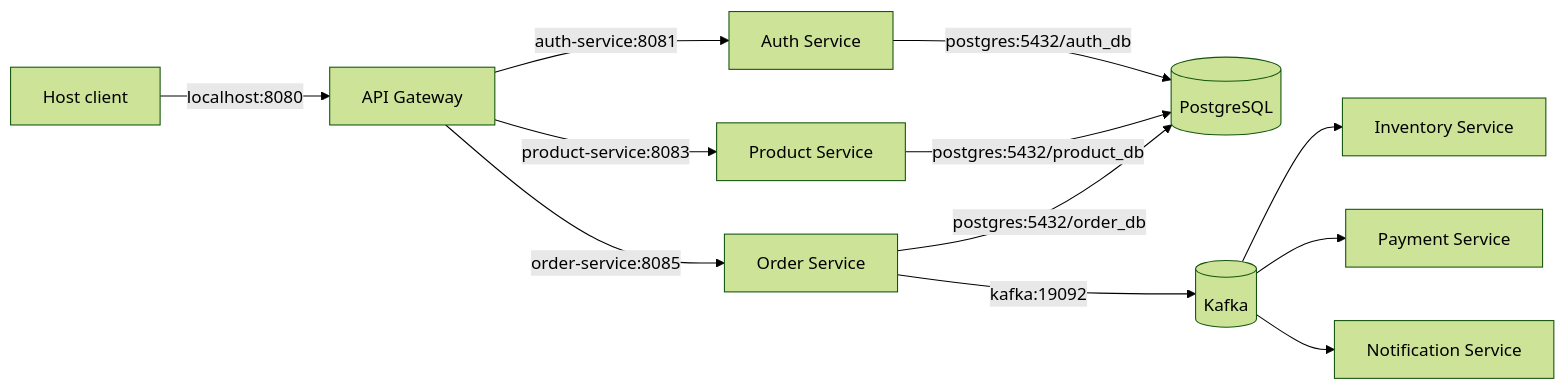
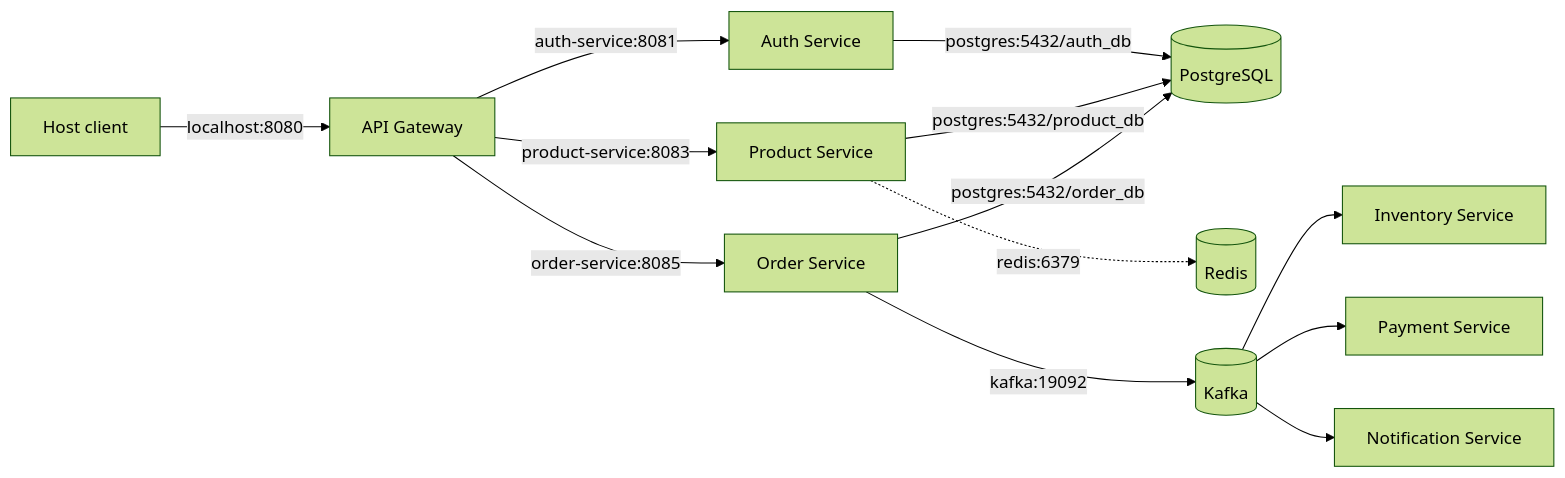
One commit to tranverse/ecommerce-microservices changed the diagram in docs/learning/14-docker-compose-and-networking.md. Above: the diagram before and after it, drawn with Mermaid (forest theme). The commit also changed other lines of this file and 19 other files, not shown here.

Commit message:
feat(product): add failure-tolerant Redis caching

````diff
--- a/docs/learning/14-docker-compose-and-networking.md
+++ b/docs/learning/14-docker-compose-and-networking.md
@@ -17,16 +17,17 @@
 ```mermaid
 flowchart LR
     Client[Host client] -->|localhost:8080| Gateway[API Gateway]
     Gateway -->|auth-service:8081| Auth[Auth Service]
     Gateway -->|product-service:8083| Product[Product Service]
     Gateway -->|order-service:8085| Order[Order Service]
 
     Auth -->|postgres:5432/auth_db| PG[(PostgreSQL)]
     Product -->|postgres:5432/product_db| PG
+    Product -.->|redis:6379| Redis[(Redis)]
     Order -->|postgres:5432/order_db| PG
 
     Order -->|kafka:19092| Kafka[(Kafka)]
     Kafka --> Inventory[Inventory Service]
     Kafka --> Payment[Payment Service]
     Kafka --> Notification[Notification Service]
 ```
````
